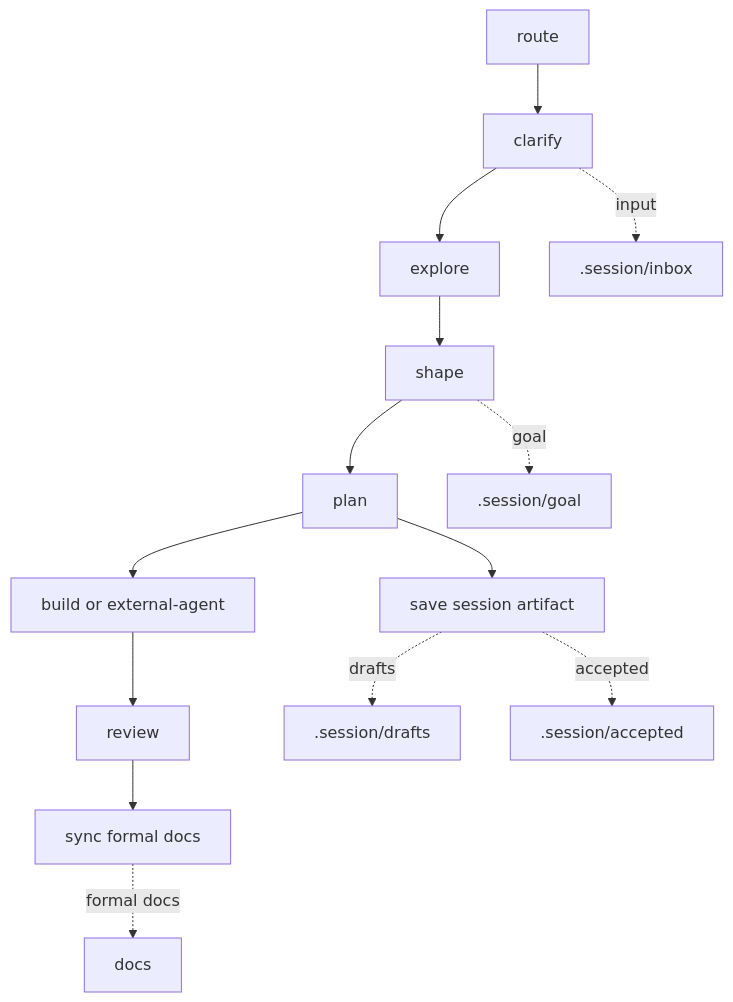
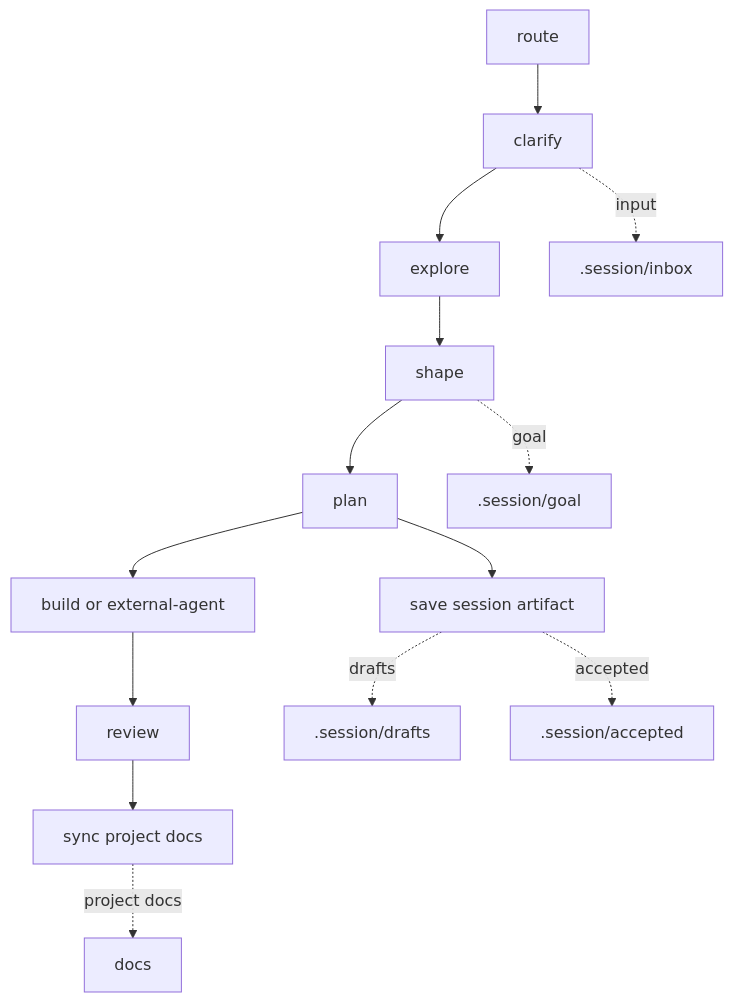
The diagram in .workflow/README.md (FlutteryEmbers/workflow), drawn with Mermaid before and after one commit. The commit also changed other lines of this file and 39 other files, not shown here.

````diff
--- a/.workflow/README.md
+++ b/.workflow/README.md
@@ -7,17 +7,17 @@
 ```mermaid
 graph TD
     R["route"] --> C["clarify"]
     C --> E["explore"]
     E --> S["shape"]
     S --> P["plan"]
     P --> W["save session artifact"]
     P --> B["build or external-agent"]
     B --> V["review"]
-    V --> Y["sync formal docs"]
+    V --> Y["sync project docs"]
 
     C -. "input" .-> N[".session/inbox"]
     W -. "drafts" .-> D[".session/drafts"]
     W -. "accepted" .-> A[".session/accepted"]
     S -. "goal" .-> G[".session/goal"]
-    Y -. "formal docs" .-> F["docs"]
+    Y -. "project docs" .-> F["docs"]
 ```
````
